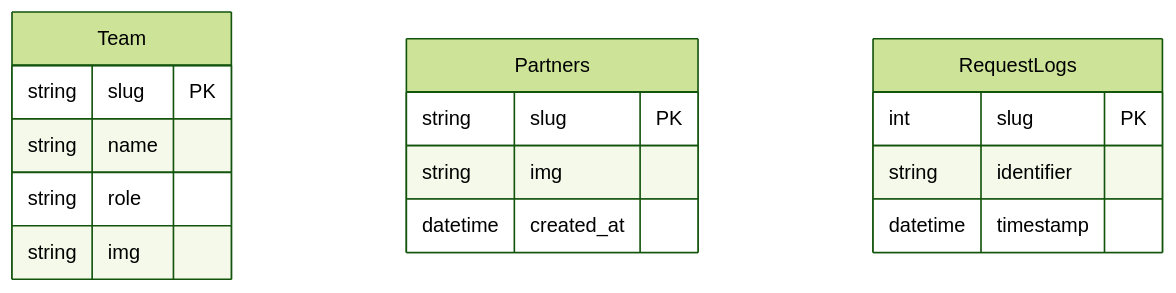
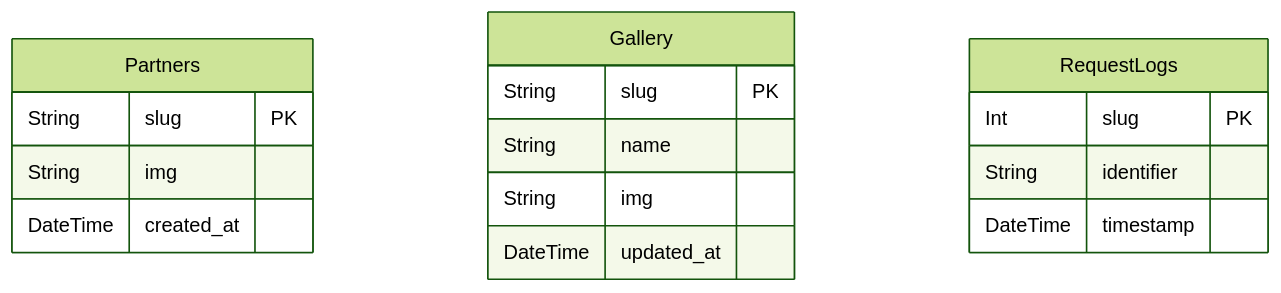
The fifth of 5 diagrams in docs/01-Overview/02-Tech-Stack-Concepts.md (aymanbazyan/storeflow-docs), drawn with Mermaid (forest theme) before and after one commit. The commit also changed other lines of this file and 13 other files, not shown here.

````diff
--- a/docs/01-Overview/02-Tech-Stack-Concepts.md
+++ b/docs/01-Overview/02-Tech-Stack-Concepts.md
@@ -207,21 +214,21 @@
 ```mermaid
 erDiagram
-    Team {
-        string slug PK
-        string name
-        string role
-        string img
+    Partners {
+        String slug PK
+        String img
+        DateTime created_at
     }
 
-    Partners {
-        string slug PK
-        string img
-        datetime created_at
+    Gallery {
+        String slug PK
+        String name
+        String img
+        DateTime updated_at
     }
 
     RequestLogs {
-        int slug PK
-        string identifier
-        datetime timestamp
+        Int slug PK
+        String identifier
+        DateTime timestamp
     }
 ```
````
